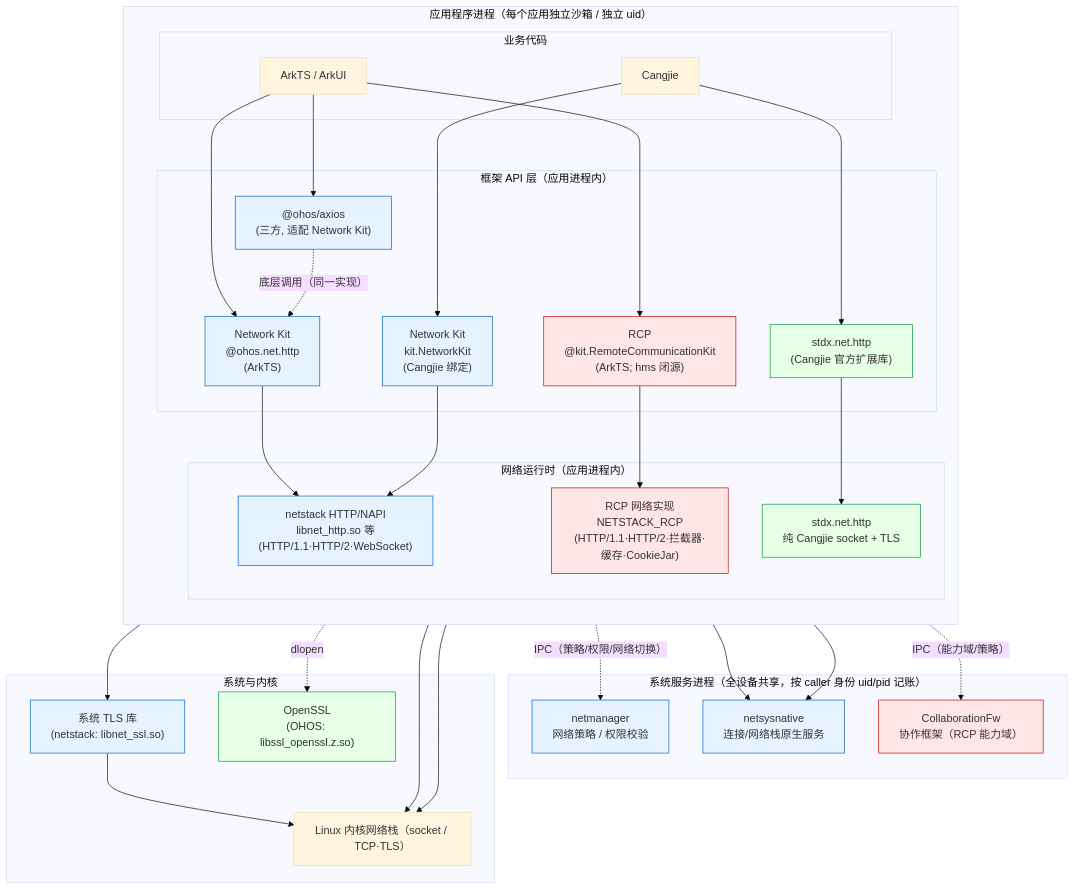
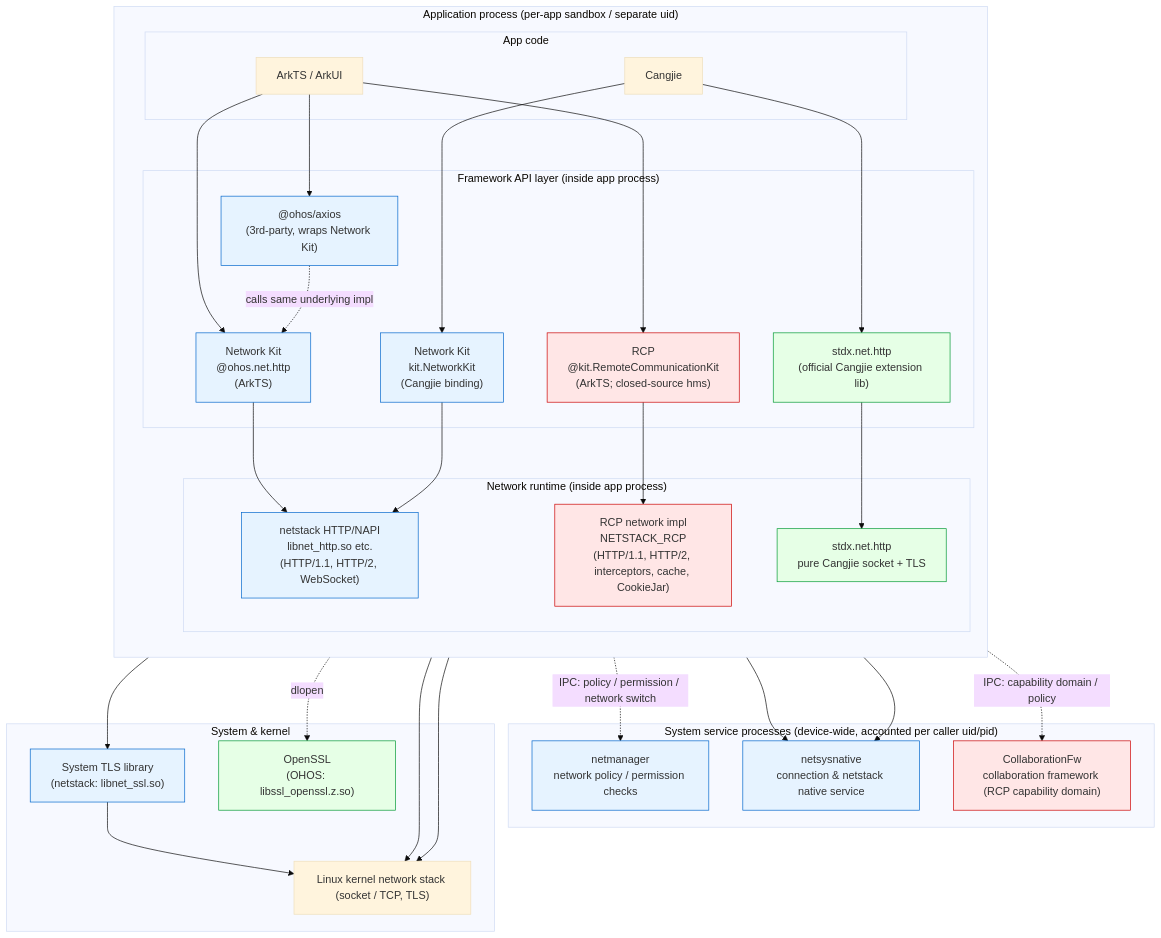
One commit to xinthink/hmos-networking-poc changed the first of 2 diagrams in docs/harmonyos-network-libraries.md. Above: the diagram before and after it, drawn with Mermaid (base theme). The commit also changed other lines of this file, not shown here.

Commit message:
docs: 两张架构图改为全英文标签
mermaid 图内的 subgraph / 节点 / 边标签全部改为英文，便于对外分享与截图复用；
正文说明仍保持中文。图内节点 ID 未变，正文中对 `APP`/`API`/`RT`/`SYS`/`PA`/`PB`/
`KER` 的引用继续有效。

- 图 1（技术总览）：APP/CODE/API/RT/SYS/OS 全部英文化
- 图 2（RCP 进程与隔离）：PA/PB/SYS/KER/MEM1 全部英文化，箭头用 ->、&gt; 转义
- 每张图下补一行中文图注，给出英文标签对照与配色含义

````diff
--- a/docs/harmonyos-network-libraries.md
+++ b/docs/harmonyos-network-libraries.md
@@ -48,64 +48,64 @@
 ```mermaid
 graph TB
-    subgraph APP["应用程序进程（每个应用独立沙箱 / 独立 uid）"]
+    subgraph APP["Application process (per-app sandbox / separate uid)"]
         direction TB
-        subgraph CODE["业务代码"]
+        subgraph CODE["App code"]
             C1["ArkTS / ArkUI"]
             C2["Cangjie"]
         end
-        subgraph API["框架 API 层（应用进程内）"]
+        subgraph API["Framework API layer (inside app process)"]
             NK_TS["Network Kit<br/>@ohos.net.http<br/>(ArkTS)"]
-            NK_CJ["Network Kit<br/>kit.NetworkKit<br/>(Cangjie 绑定)"]
-            RCP_TS["RCP<br/>@kit.RemoteCommunicationKit<br/>(ArkTS; hms 闭源)"]
-            AX["@ohos/axios<br/>(三方, 适配 Network Kit)"]
-            SX["stdx.net.http<br/>(Cangjie 官方扩展库)"]
+            NK_CJ["Network Kit<br/>kit.NetworkKit<br/>(Cangjie binding)"]
+            RCP_TS["RCP<br/>@kit.RemoteCommunicationKit<br/>(ArkTS; closed-source hms)"]
+            AX["@ohos/axios<br/>(3rd-party, wraps Network Kit)"]
+            SX["stdx.net.http<br/>(official Cangjie extension lib)"]
         end
-        subgraph RT["网络运行时（应用进程内）"]
-            NS["netstack HTTP/NAPI<br/>libnet_http.so 等<br/>(HTTP/1.1·HTTP/2·WebSocket)"]
-            RCPRT["RCP 网络实现<br/>NETSTACK_RCP<br/>(HTTP/1.1·HTTP/2·拦截器·缓存·CookieJar)"]
-            SXRT["stdx.net.http<br/>纯 Cangjie socket + TLS"]
+        subgraph RT["Network runtime (inside app process)"]
+            NS["netstack HTTP/NAPI<br/>libnet_http.so etc.<br/>(HTTP/1.1, HTTP/2, WebSocket)"]
+            RCPRT["RCP network impl<br/>NETSTACK_RCP<br/>(HTTP/1.1, HTTP/2, interceptors, cache, CookieJar)"]
+            SXRT["stdx.net.http<br/>pure Cangjie socket + TLS"]
         end
     end
 
-    subgraph SYS["系统服务进程（全设备共享，按 caller 身份 uid/pid 记账）"]
-        NM["netmanager<br/>网络策略 / 权限校验"]
-        NSN["netsysnative<br/>连接/网络栈原生服务"]
-        CFW["CollaborationFw<br/>协作框架（RCP 能力域）"]
+    subgraph SYS["System service processes (device-wide, accounted per caller uid/pid)"]
+        NM["netmanager<br/>network policy / permission checks"]
+        NSN["netsysnative<br/>connection & netstack native service"]
+        CFW["CollaborationFw<br/>collaboration framework (RCP capability domain)"]
     end
 
-    subgraph OS["系统与内核"]
-        K["Linux 内核网络栈（socket / TCP·TLS）"]
-        TLS["系统 TLS 库<br/>(netstack: libnet_ssl.so)"]
+    subgraph OS["System & kernel"]
+        K["Linux kernel network stack (socket / TCP, TLS)"]
+        TLS["System TLS library<br/>(netstack: libnet_ssl.so)"]
         OSSL["OpenSSL<br/>(OHOS: libssl_openssl.z.so)"]
     end
 
     C1 --> NK_TS
     C1 --> RCP_TS
     C1 --> AX
     C2 --> NK_CJ
     C2 --> SX
-    AX -. "底层调用（同一实现）" .-> NK_TS
+    AX -. "calls same underlying impl" .-> NK_TS
     NK_TS --> NS
     NK_CJ --> NS
     RCP_TS --> RCPRT
     SX --> SXRT
 
-    NS -. "IPC（策略/权限/网络切换）" .-> NM
+    NS -. "IPC: policy / permission / network switch" .-> NM
     NS --> NSN
-    RCPRT -. "IPC（能力域/策略）" .-> CFW
+    RCPRT -. "IPC: capability domain / policy" .-> CFW
     RCPRT --> NSN
 
     NS --> TLS
     TLS --> K
     RCPRT --> K
     SXRT -. "dlopen" .-> OSSL
     SXRT --> K
 
     classDef closed fill:#ffe6e6,stroke:#cc0000,stroke-width:1px
     classDef open fill:#e6f3ff,stroke:#0066cc,stroke-width:1px
     classDef cross fill:#e6ffe6,stroke:#009933,stroke-width:1px
     class RCP_TS,RCPRT,CFW closed
     class NK_TS,NK_CJ,NS,NM,NSN,TLS open
     class AX open
     class SX,SXRT,OSSL cross
 ```
````
